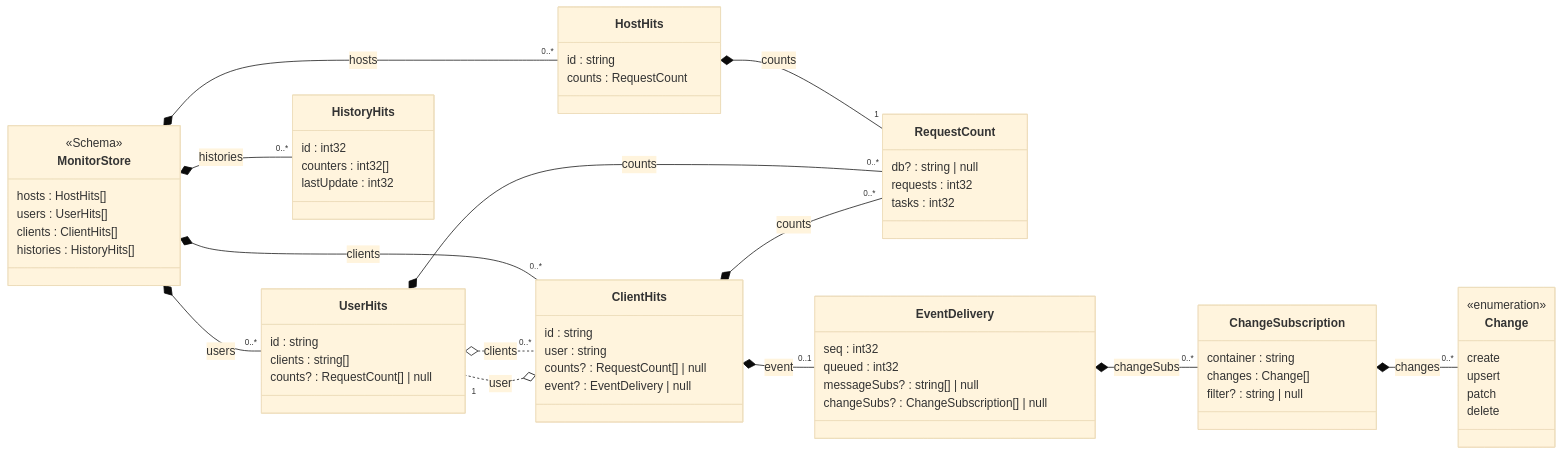
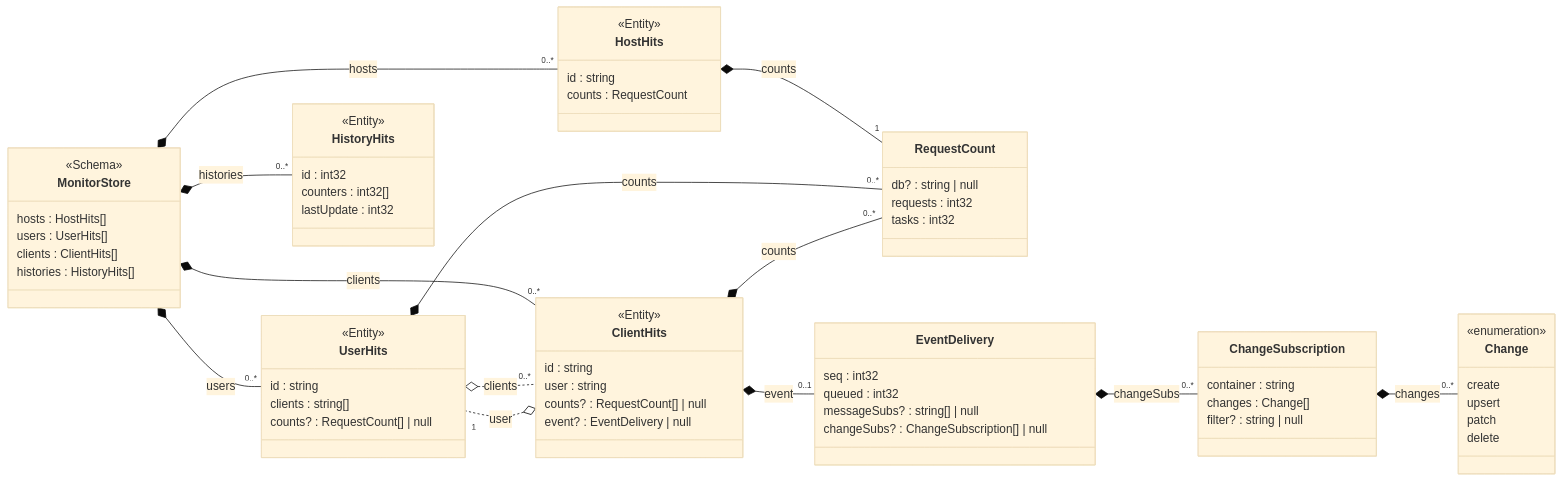
Before and after one commit to friflo/Friflo.Json.Fliox: the diagram in Json.Tests/assets~/Schema/Markdown/MonitorStore/class-diagram.md, drawn with Mermaid (base theme). The commit also changed 6 other files, not shown here.

Commit message:
Schema/Language/Mermaid - annotate entity types with <<Entity>>

````diff
--- a/Json.Tests/assets~/Schema/Markdown/MonitorStore/class-diagram.md
+++ b/Json.Tests/assets~/Schema/Markdown/MonitorStore/class-diagram.md
@@ -1,79 +1,83 @@
 ```mermaid
 classDiagram
 direction LR
 
 class MonitorStore:::cssSchema {
     <<Schema>>
     <<abstract>>
     hosts      : HostHits[]
     users      : UserHits[]
     clients    : ClientHits[]
     histories  : HistoryHits[]
 }
 MonitorStore *-- "0..*" HostHits : hosts
 MonitorStore *-- "0..*" UserHits : users
 MonitorStore *-- "0..*" ClientHits : clients
 MonitorStore *-- "0..*" HistoryHits : histories
 
 class HostHits:::cssEntity {
+    <<Entity>>
     id      : string
     counts  : RequestCount
 }
 HostHits *-- "1" RequestCount : counts
 
 class UserHits:::cssEntity {
+    <<Entity>>
     id       : string
     clients  : string[]
     counts?  : RequestCount[] | null
 }
 UserHits o.. "0..*" ClientHits : clients
 UserHits *-- "0..*" RequestCount : counts
 
 class ClientHits:::cssEntity {
+    <<Entity>>
     id      : string
     user    : string
     counts? : RequestCount[] | null
     event?  : EventDelivery | null
 }
 ClientHits o.. "1" UserHits : user
 ClientHits *-- "0..*" RequestCount : counts
 ClientHits *-- "0..1" EventDelivery : event
 
 class HistoryHits:::cssEntity {
+    <<Entity>>
     id          : int32
     counters    : int32[]
     lastUpdate  : int32
 }
 
 class RequestCount {
     db?       : string | null
     requests  : int32
     tasks     : int32
 }
 
 class EventDelivery {
     seq          : int32
     queued       : int32
     messageSubs? : string[] | null
     changeSubs?  : ChangeSubscription[] | null
 }
 EventDelivery *-- "0..*" ChangeSubscription : changeSubs
 
 class ChangeSubscription {
     container  : string
     changes    : Change[]
     filter?    : string | null
 }
 ChangeSubscription *-- "0..*" Change : changes
 
 class Change:::cssEnum {
     <<enumeration>>
     create
     upsert
     patch
     delete
 }
 
 
 
 ```
````
